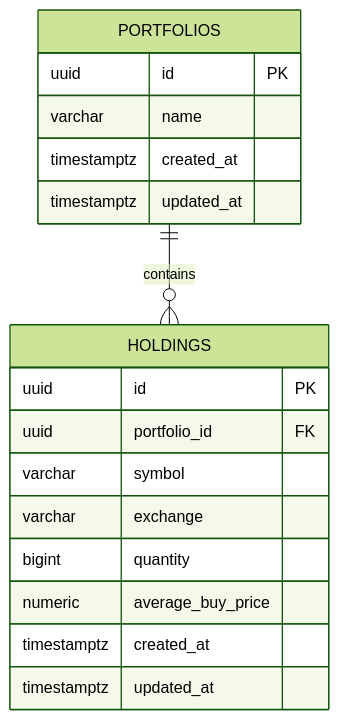
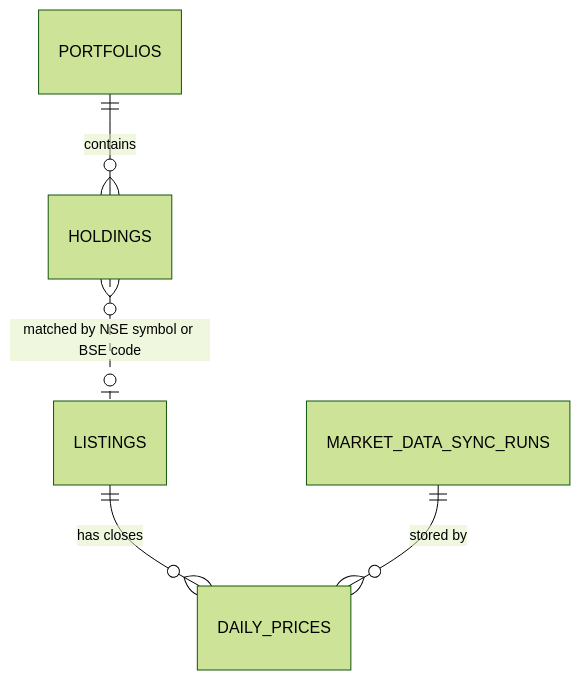
The second of 2 diagrams in README.md (pgp41370-coder/portfolio-intelligence), drawn with Mermaid (forest theme) before and after one commit. The commit also changed other lines of this file and 1 other file, not shown here.

````diff
--- a/README.md
+++ b/README.md
@@ -343,20 +230,7 @@
 ```mermaid
 erDiagram
     PORTFOLIOS ||--o{ HOLDINGS : contains
-    PORTFOLIOS {
-        uuid id PK
-        varchar name
-        timestamptz created_at
-        timestamptz updated_at
-    }
-    HOLDINGS {
-        uuid id PK
-        uuid portfolio_id FK
-        varchar symbol
-        varchar exchange
-        bigint quantity
-        numeric average_buy_price
-        timestamptz created_at
-        timestamptz updated_at
-    }
+    LISTINGS ||--o{ DAILY_PRICES : "has closes"
+    MARKET_DATA_SYNC_RUNS ||--o{ DAILY_PRICES : "stored by"
+    HOLDINGS }o..o| LISTINGS : "matched by NSE symbol or BSE code"
 ```
````
